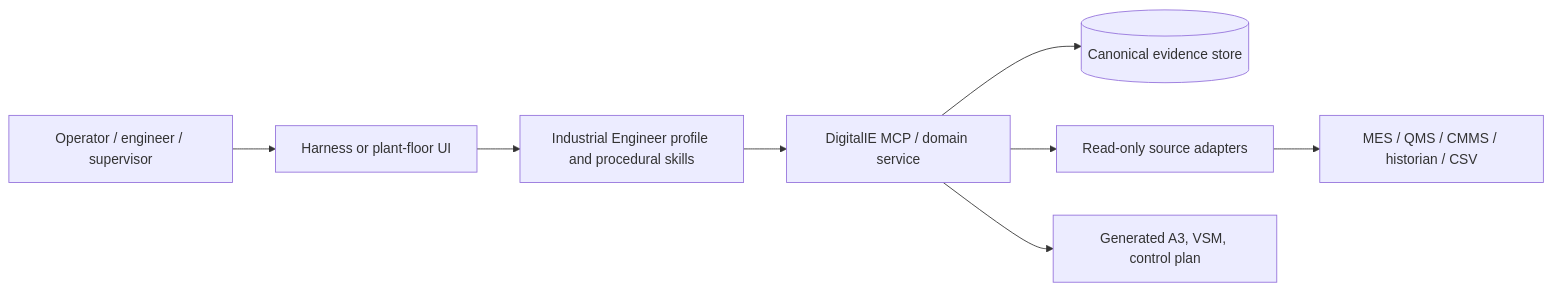
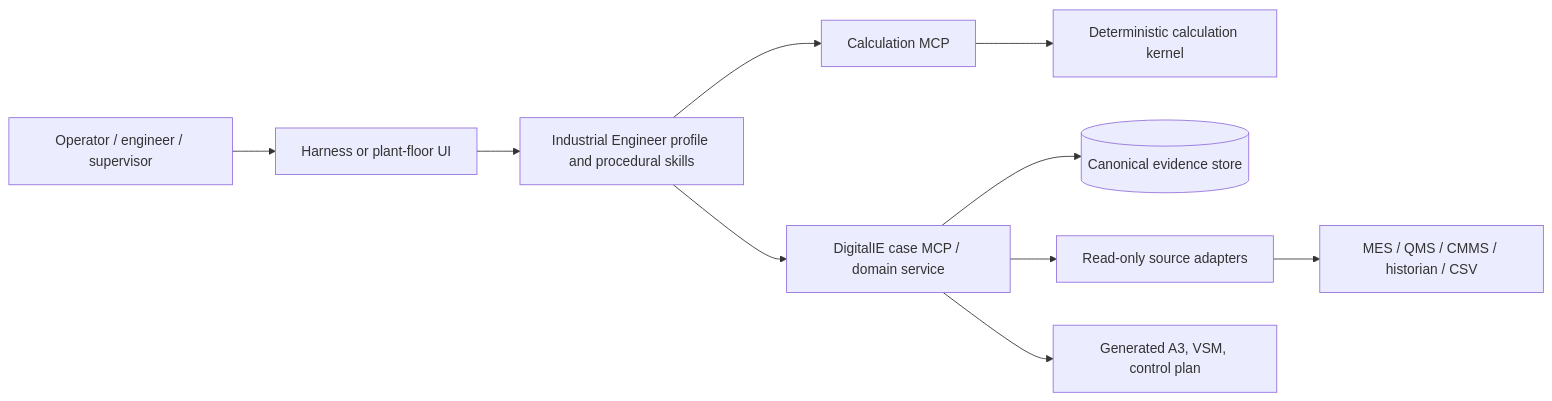
The diagram in docs/reference-architecture.md (tylerbvogel-max/DigitalIE), drawn with Mermaid before and after one commit. The commit also changed other lines of this file and 12 other files, not shown here.

Commit message:
Add deterministic calculation MCP

````diff
--- a/docs/reference-architecture.md
+++ b/docs/reference-architecture.md
@@ -11,10 +11,12 @@
 ```mermaid
 flowchart LR
   U[Operator / engineer / supervisor] --> H[Harness or plant-floor UI]
   H --> P[Industrial Engineer profile and procedural skills]
-  P --> M[DigitalIE MCP / domain service]
+  P --> C[Calculation MCP]
+  C --> K[Deterministic calculation kernel]
+  P --> M[DigitalIE case MCP / domain service]
   M --> D[(Canonical evidence store)]
   M --> A[Read-only source adapters]
   A --> S[MES / QMS / CMMS / historian / CSV]
   M --> R[Generated A3, VSM, control plan]
 ```
````
